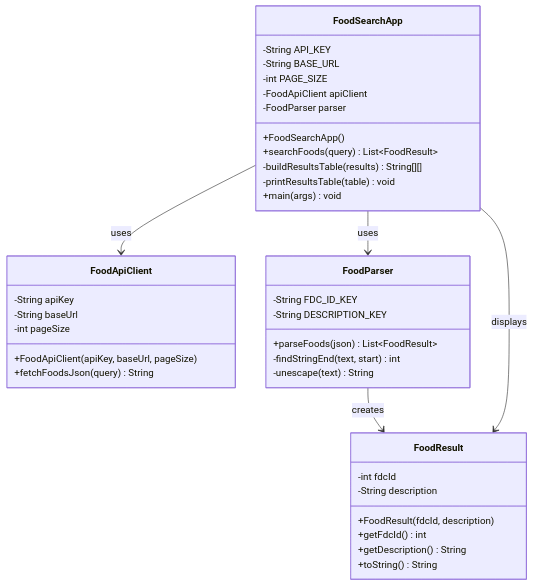
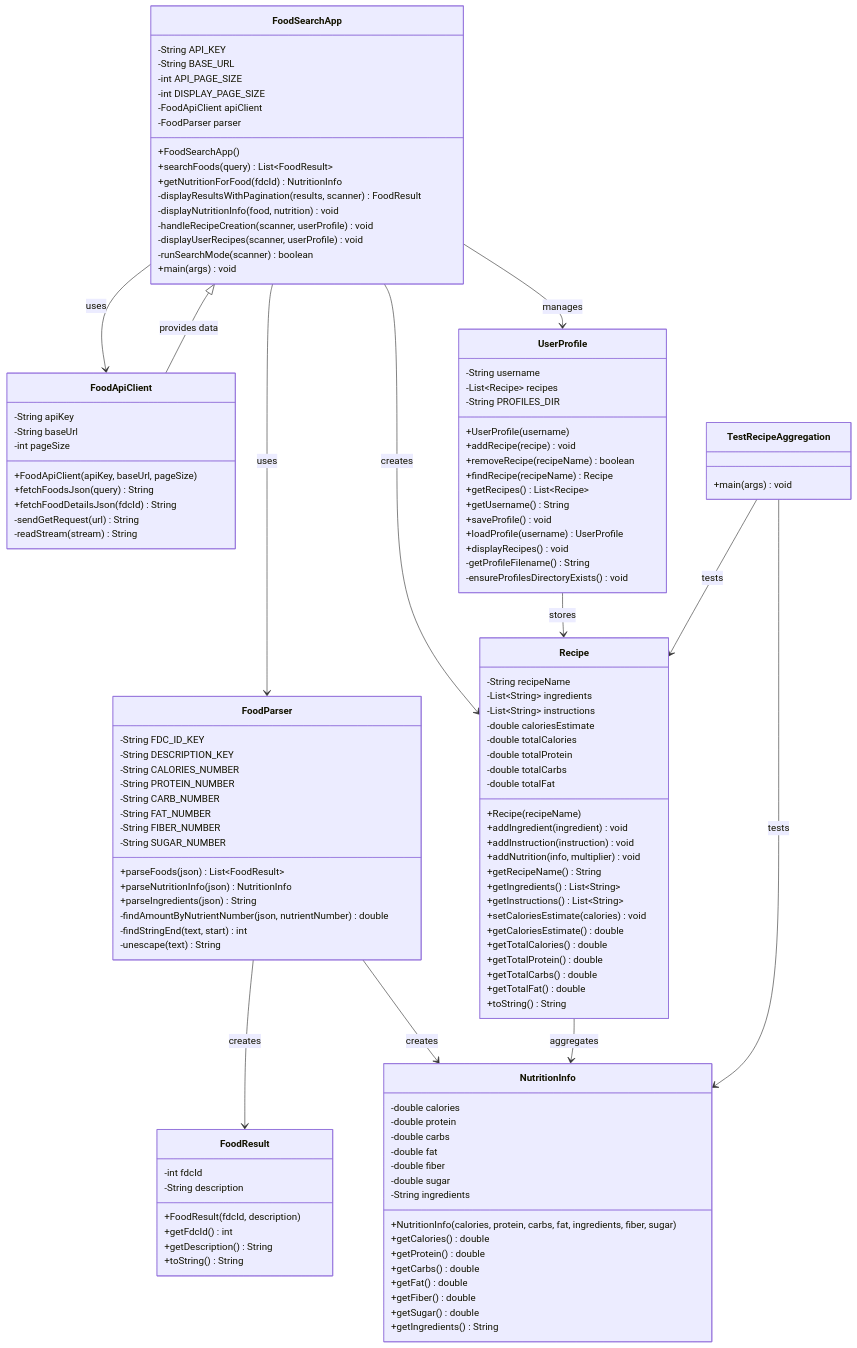
One commit to spookypoopy/AP-CSA-FINAL changed the diagram in README.md. Above: the diagram before and after it, drawn with Mermaid. The commit also changed other lines of this file and 19 other files, not shown here.

Commit message:
readme + class diagram, recipe search

````diff
--- a/README.md
+++ b/README.md
@@ -17,13 +37,18 @@
 	class FoodSearchApp {
 		-String API_KEY
 		-String BASE_URL
-		-int PAGE_SIZE
+		-int API_PAGE_SIZE
+		-int DISPLAY_PAGE_SIZE
 		-FoodApiClient apiClient
 		-FoodParser parser
 		+FoodSearchApp()
 		+searchFoods(query) List~FoodResult~
-		-buildResultsTable(results) String[][]
-		-printResultsTable(table) void
+		+getNutritionForFood(fdcId) NutritionInfo
+		-displayResultsWithPagination(results, scanner) FoodResult
+		-displayNutritionInfo(food, nutrition) void
+		-handleRecipeCreation(scanner, userProfile) void
+		-displayUserRecipes(scanner, userProfile) void
+		-runSearchMode(scanner) boolean
 		+main(args) void
 	}
 
@@ -33,12 +58,24 @@
 		-int pageSize
 		+FoodApiClient(apiKey, baseUrl, pageSize)
 		+fetchFoodsJson(query) String
+		+fetchFoodDetailsJson(fdcId) String
+		-sendGetRequest(url) String
+		-readStream(stream) String
 	}
 
 	class FoodParser {
 		-String FDC_ID_KEY
 		-String DESCRIPTION_KEY
+		-String CALORIES_NUMBER
+		-String PROTEIN_NUMBER
+		-String CARB_NUMBER
+		-String FAT_NUMBER
+		-String FIBER_NUMBER
+		-String SUGAR_NUMBER
 		+parseFoods(json) List~FoodResult~
+		+parseNutritionInfo(json) NutritionInfo
+		+parseIngredients(json) String
+		-findAmountByNutrientNumber(json, nutrientNumber) double
 		-findStringEnd(text, start) int
 		-unescape(text) String
 	}
@@ -52,8 +89,79 @@
 		+toString() String
 	}
 
+	class NutritionInfo {
+		-double calories
+		-double protein
+		-double carbs
+		-double fat
+		-double fiber
+		-double sugar
+		-String ingredients
+		+NutritionInfo(calories, protein, carbs, fat, ingredients, fiber, sugar)
+		+getCalories() double
+		+getProtein() double
+		+getCarbs() double
+		+getFat() double
+		+getFiber() double
+		+getSugar() double
+		+getIngredients() String
+	}
+
+	class Recipe {
+		-String recipeName
+		-List~String~ ingredients
+		-List~String~ instructions
+		-double caloriesEstimate
+		-double totalCalories
+		-double totalProtein
+		-double totalCarbs
+		-double totalFat
+		+Recipe(recipeName)
+		+addIngredient(ingredient) void
+		+addInstruction(instruction) void
+		+addNutrition(info, multiplier) void
+		+getRecipeName() String
+		+getIngredients() List~String~
+		+getInstructions() List~String~
+		+setCaloriesEstimate(calories) void
+		+getCaloriesEstimate() double
+		+getTotalCalories() double
+		+getTotalProtein() double
+		+getTotalCarbs() double
+		+getTotalFat() double
+		+toString() String
+	}
+
+	class UserProfile {
+		-String username
+		-List~Recipe~ recipes
+		-String PROFILES_DIR
+		+UserProfile(username)
+		+addRecipe(recipe) void
+		+removeRecipe(recipeName) boolean
+		+findRecipe(recipeName) Recipe
+		+getRecipes() List~Recipe~
+		+getUsername() String
+		+saveProfile() void
+		+loadProfile(username) UserProfile
+		+displayRecipes() void
+		-getProfileFilename() String
+		-ensureProfilesDirectoryExists() void
+	}
+
+	class TestRecipeAggregation {
+		+main(args) void
+	}
+
 	FoodSearchApp --> FoodApiClient : uses
 	FoodSearchApp --> FoodParser : uses
+	FoodSearchApp --> UserProfile : manages
+	FoodSearchApp --> Recipe : creates
 	FoodParser --> FoodResult : creates
-	FoodSearchApp --> FoodResult : displays
+	FoodParser --> NutritionInfo : creates
+	FoodApiClient --|> FoodSearchApp : provides data
+	UserProfile --> Recipe : stores
+	Recipe --> NutritionInfo : aggregates
+	TestRecipeAggregation --> Recipe : tests
+	TestRecipeAggregation --> NutritionInfo : tests
 ```
````
